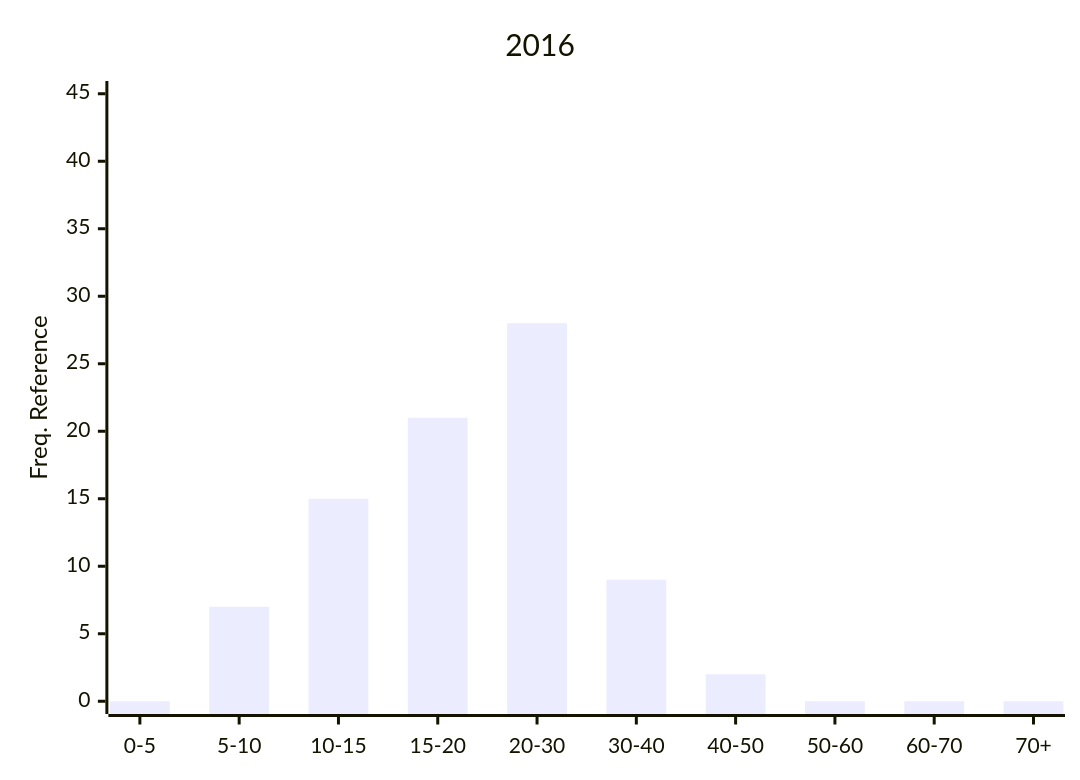
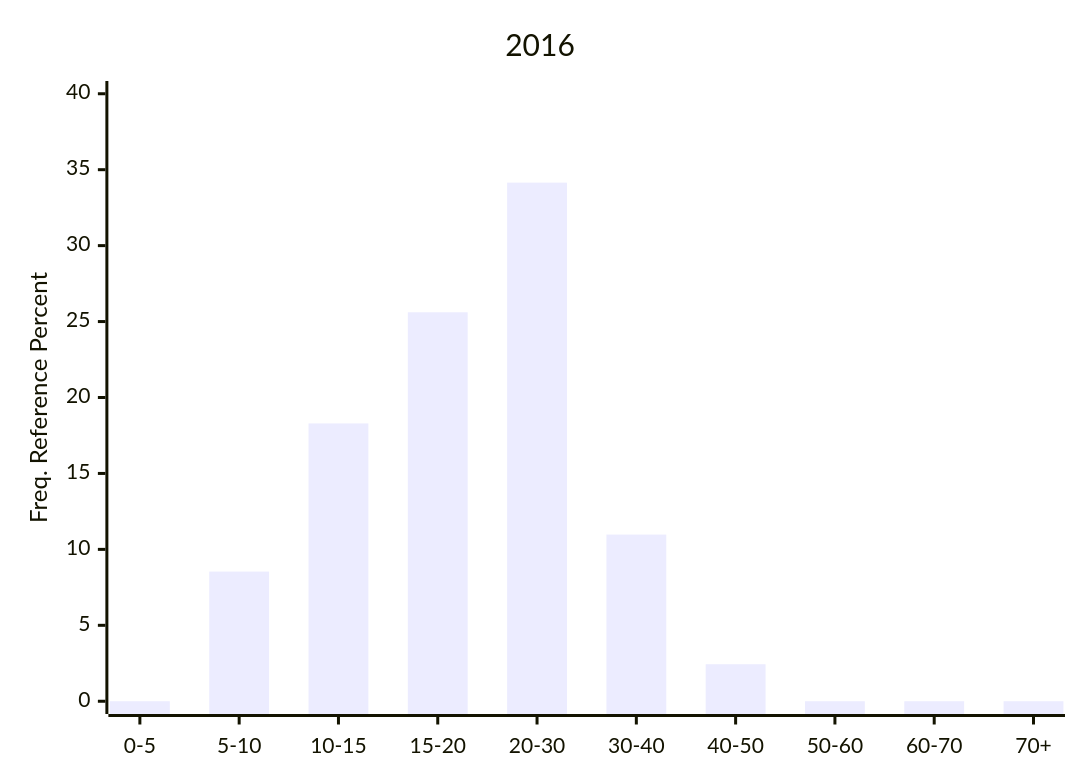
Before and after one commit to Nemus-Project/fair-nime-2026: diagram 19 of 28 in README.md, drawn with Mermaid. The commit also changed other lines of this file, not shown here.

````diff
--- a/README.md
+++ b/README.md
@@ -613,7 +614,7 @@
 ```mermaid
 xychart-beta
     title "2016"
     x-axis ["0-5", "5-10", "10-15", "15-20", "20-30", "30-40", "40-50", "50-60", "60-70", "70+"]
-    y-axis "Freq. Reference" 0 --> 45
-    bar [0, 7, 15, 21, 28, 9, 2, 0, 0, 0]
+    y-axis "Freq. Reference Percent" 0 --> 40
+    bar [0.0, 8.536585365853659, 18.29268292682927, 25.609756097560975, 34.146341463414636, 10.975609756097562, 2.4390243902439024, 0.0, 0.0, 0.0]
 ```    
````
